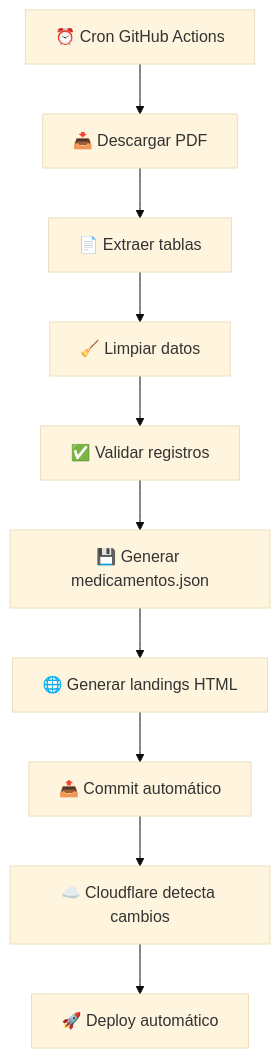
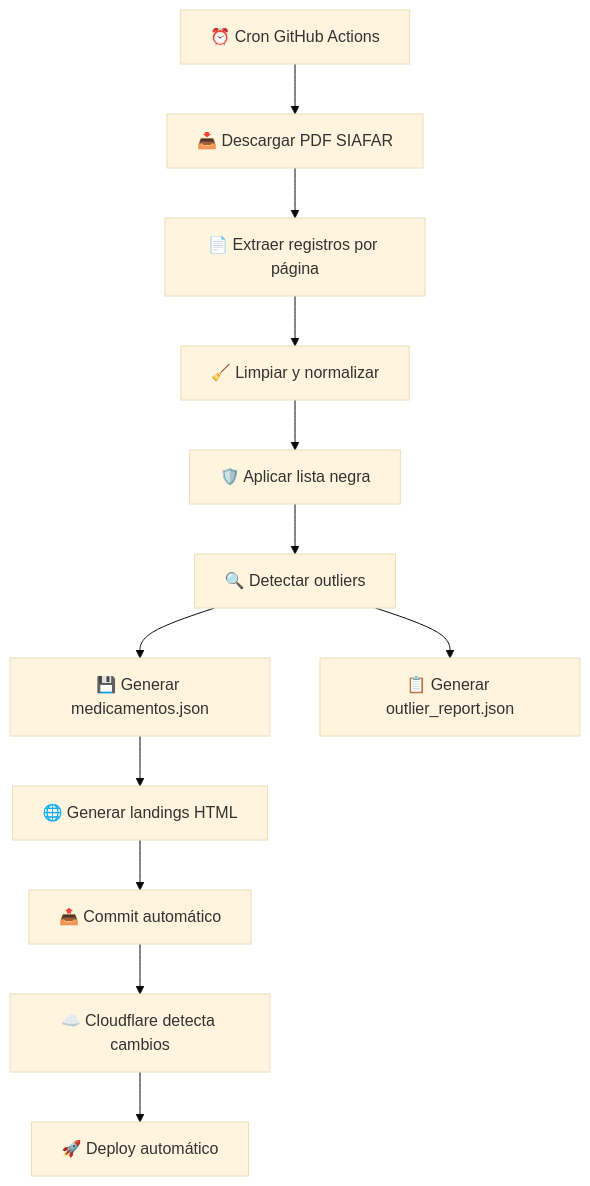
One commit to psbella/remediar changed the second of 10 diagrams in README.md. Above: the diagram before and after it, drawn with Mermaid (base theme). The commit also changed other lines of this file, not shown here.

````diff
--- a/README.md
+++ b/README.md
@@ -320,24 +351,28 @@
 ```mermaid
 flowchart TD
 
     A[⏰ Cron GitHub Actions]
-    B[📥 Descargar PDF]
-    C[📄 Extraer tablas]
-    D[🧹 Limpiar datos]
-    E[✅ Validar registros]
+    B[📥 Descargar PDF SIAFAR]
+    C[📄 Extraer registros por página]
+    D[🧹 Limpiar y normalizar]
+    BL[🛡️ Aplicar lista negra]
+    E[🔍 Detectar outliers]
     F[💾 Generar medicamentos.json]
+    R[📋 Generar outlier_report.json]
     G[🌐 Generar landings HTML]
     H[📤 Commit automático]
     I[☁️ Cloudflare detecta cambios]
     J[🚀 Deploy automático]
 
     A --> B
     B --> C
     C --> D
-    D --> E
+    D --> BL
+    BL --> E
     E --> F
+    E --> R
     F --> G
     G --> H
     H --> I
     I --> J
 ```
````
